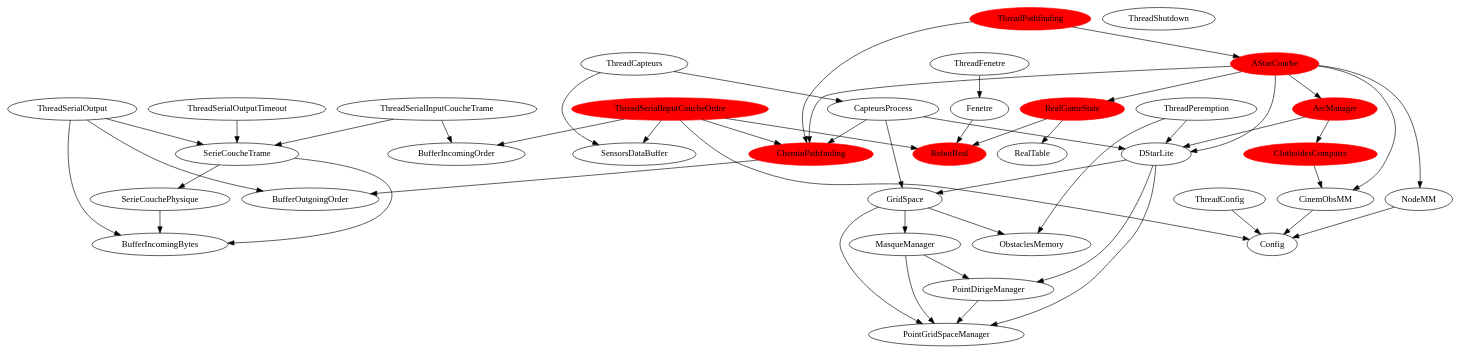
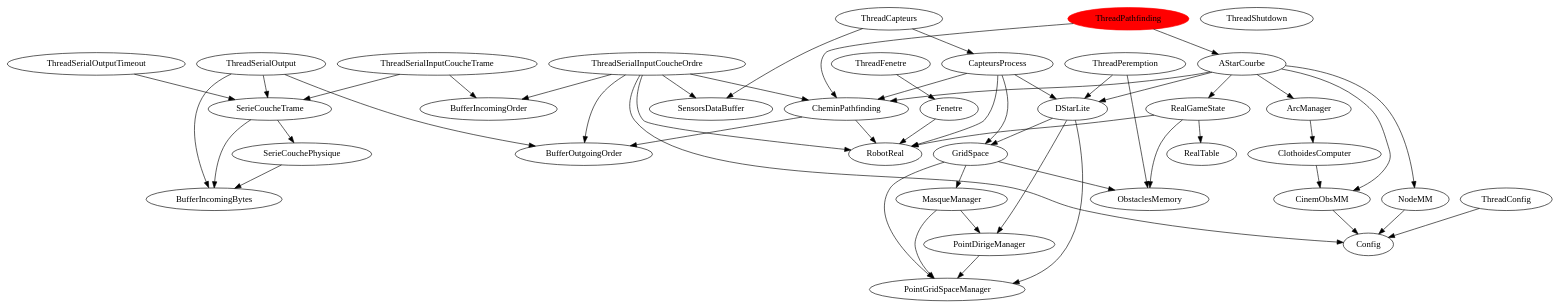
The diagram in pc/dependances.dot (INTechSenpai/moon-rover), drawn with Graphviz before and after one commit. The commit also changed 2 other files, not shown here.

Commit message:
Mise à jour du graphe de dépendances

```diff
--- a/pc/dependances.dot
+++ b/pc/dependances.dot
@@ -1,152 +1,155 @@
 digraph dependancesJava {
 ThreadCapteurs;
 SensorsDataBuffer;
 ThreadCapteurs -> SensorsDataBuffer;
 CapteursProcess;
 ThreadCapteurs -> CapteursProcess;
 GridSpace;
 CapteursProcess -> GridSpace;
 ObstaclesMemory;
 GridSpace -> ObstaclesMemory;
 PointGridSpaceManager;
 GridSpace -> PointGridSpaceManager;
 MasqueManager;
 GridSpace -> MasqueManager;
 PointGridSpaceManager;
 MasqueManager -> PointGridSpaceManager;
 PointDirigeManager;
 MasqueManager -> PointDirigeManager;
 PointGridSpaceManager;
 PointDirigeManager -> PointGridSpaceManager;
 DStarLite;
 CapteursProcess -> DStarLite;
 GridSpace;
 DStarLite -> GridSpace;
 PointGridSpaceManager;
 DStarLite -> PointGridSpaceManager;
 PointDirigeManager;
 DStarLite -> PointDirigeManager;
-CheminPathfinding [color=red, style=filled];
+CheminPathfinding;
 CapteursProcess -> CheminPathfinding;
 BufferOutgoingOrder;
 CheminPathfinding -> BufferOutgoingOrder;
+RobotReal;
+CheminPathfinding -> RobotReal;
+RobotReal;
+CapteursProcess -> RobotReal;
 ThreadConfig;
 Config;
 ThreadConfig -> Config;
 ThreadFenetre;
 Fenetre;
 ThreadFenetre -> Fenetre;
-RobotReal [color=red, style=filled];
+RobotReal;
 Fenetre -> RobotReal;
 ThreadPathfinding [color=red, style=filled];
-AStarCourbe [color=red, style=filled];
+AStarCourbe;
 ThreadPathfinding -> AStarCourbe;
 DStarLite;
 AStarCourbe -> DStarLite;
-ArcManager [color=red, style=filled];
+ArcManager;
 AStarCourbe -> ArcManager;
-DStarLite;
-ArcManager -> DStarLite;
-ClothoidesComputer [color=red, style=filled];
+ClothoidesComputer;
 ArcManager -> ClothoidesComputer;
 CinemObsMM;
 ClothoidesComputer -> CinemObsMM;
 Config;
 CinemObsMM -> Config;
-RealGameState [color=red, style=filled];
+RealGameState;
 AStarCourbe -> RealGameState;
-RobotReal [color=red, style=filled];
+RobotReal;
 RealGameState -> RobotReal;
 RealTable;
 RealGameState -> RealTable;
-CheminPathfinding [color=red, style=filled];
+ObstaclesMemory;
+RealGameState -> ObstaclesMemory;
+CheminPathfinding;
 AStarCourbe -> CheminPathfinding;
 NodeMM;
 AStarCourbe -> NodeMM;
 Config;
 NodeMM -> Config;
 CinemObsMM;
 AStarCourbe -> CinemObsMM;
-CheminPathfinding [color=red, style=filled];
+CheminPathfinding;
 ThreadPathfinding -> CheminPathfinding;
 ThreadPeremption;
 ObstaclesMemory;
 ThreadPeremption -> ObstaclesMemory;
 DStarLite;
 ThreadPeremption -> DStarLite;
-ThreadSerialInputCoucheOrdre [color=red, style=filled];
+ThreadSerialInputCoucheOrdre;
 Config;
 ThreadSerialInputCoucheOrdre -> Config;
 BufferIncomingOrder;
 ThreadSerialInputCoucheOrdre -> BufferIncomingOrder;
 SensorsDataBuffer;
 ThreadSerialInputCoucheOrdre -> SensorsDataBuffer;
-RobotReal [color=red, style=filled];
+RobotReal;
 ThreadSerialInputCoucheOrdre -> RobotReal;
-CheminPathfinding [color=red, style=filled];
+CheminPathfinding;
 ThreadSerialInputCoucheOrdre -> CheminPathfinding;
+BufferOutgoingOrder;
+ThreadSerialInputCoucheOrdre -> BufferOutgoingOrder;
 ThreadSerialInputCoucheTrame;
 SerieCoucheTrame;
 ThreadSerialInputCoucheTrame -> SerieCoucheTrame;
 SerieCouchePhysique;
 SerieCoucheTrame -> SerieCouchePhysique;
 BufferIncomingBytes;
 SerieCouchePhysique -> BufferIncomingBytes;
 BufferIncomingBytes;
 SerieCoucheTrame -> BufferIncomingBytes;
 BufferIncomingOrder;
 ThreadSerialInputCoucheTrame -> BufferIncomingOrder;
 ThreadSerialOutput;
 SerieCoucheTrame;
 ThreadSerialOutput -> SerieCoucheTrame;
 BufferOutgoingOrder;
 ThreadSerialOutput -> BufferOutgoingOrder;
 BufferIncomingBytes;
 ThreadSerialOutput -> BufferIncomingBytes;
 ThreadSerialOutputTimeout;
 SerieCoucheTrame;
 ThreadSerialOutputTimeout -> SerieCoucheTrame;
 ThreadShutdown;
 Config;
-ClothoidesComputer [color=red, style=filled];
-AStarCourbe [color=red, style=filled];
-RobotReal [color=red, style=filled];
 Fenetre;
 ThreadShutdown;
 ThreadCapteurs;
 ThreadCapteurs;
 ThreadConfig;
 ThreadConfig;
 ThreadFenetre;
 ThreadFenetre;
 ThreadPathfinding [color=red, style=filled];
 ThreadPathfinding [color=red, style=filled];
 ThreadPeremption;
 ThreadPeremption;
-ThreadSerialInputCoucheOrdre [color=red, style=filled];
-ThreadSerialInputCoucheOrdre [color=red, style=filled];
+ThreadSerialInputCoucheOrdre;
+ThreadSerialInputCoucheOrdre;
 ThreadSerialInputCoucheTrame;
 ThreadSerialInputCoucheTrame;
 ThreadSerialOutput;
 ThreadSerialOutput;
 ThreadSerialOutputTimeout;
 ThreadSerialOutputTimeout;
 ThreadCapteurs;
 ThreadCapteurs;
 ThreadConfig;
 ThreadConfig;
 ThreadFenetre;
 ThreadFenetre;
 ThreadPathfinding [color=red, style=filled];
 ThreadPathfinding [color=red, style=filled];
 ThreadPeremption;
 ThreadPeremption;
-ThreadSerialInputCoucheOrdre [color=red, style=filled];
-ThreadSerialInputCoucheOrdre [color=red, style=filled];
+ThreadSerialInputCoucheOrdre;
+ThreadSerialInputCoucheOrdre;
 ThreadSerialInputCoucheTrame;
 ThreadSerialInputCoucheTrame;
 ThreadSerialOutput;
 ThreadSerialOutput;
 ThreadSerialOutputTimeout;
 ThreadSerialOutputTimeout;
 }
```
